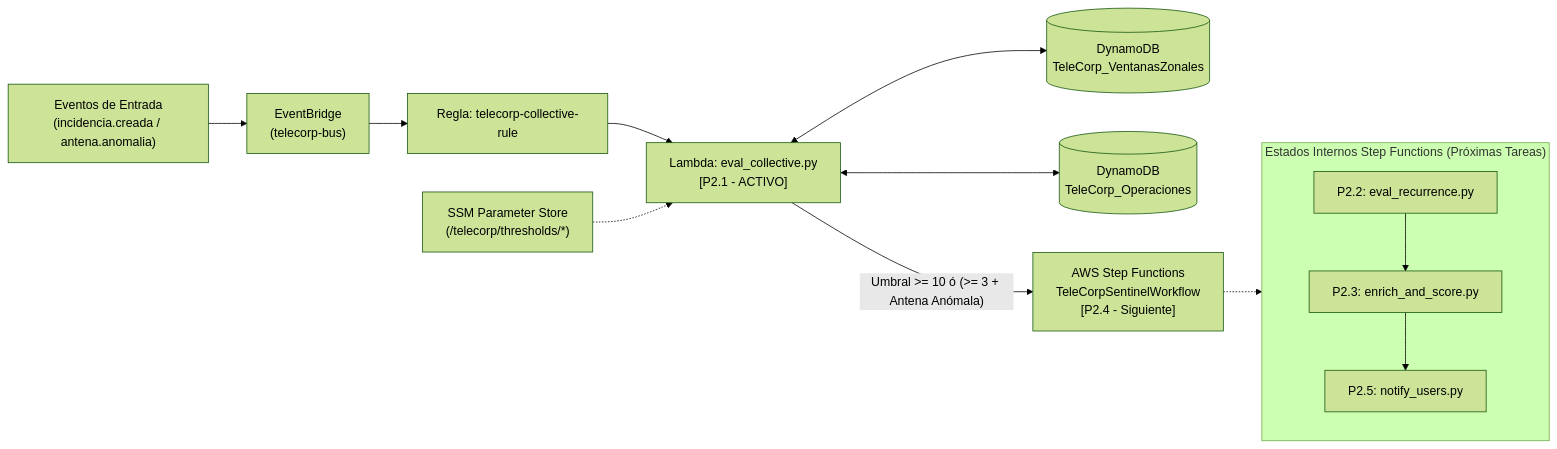
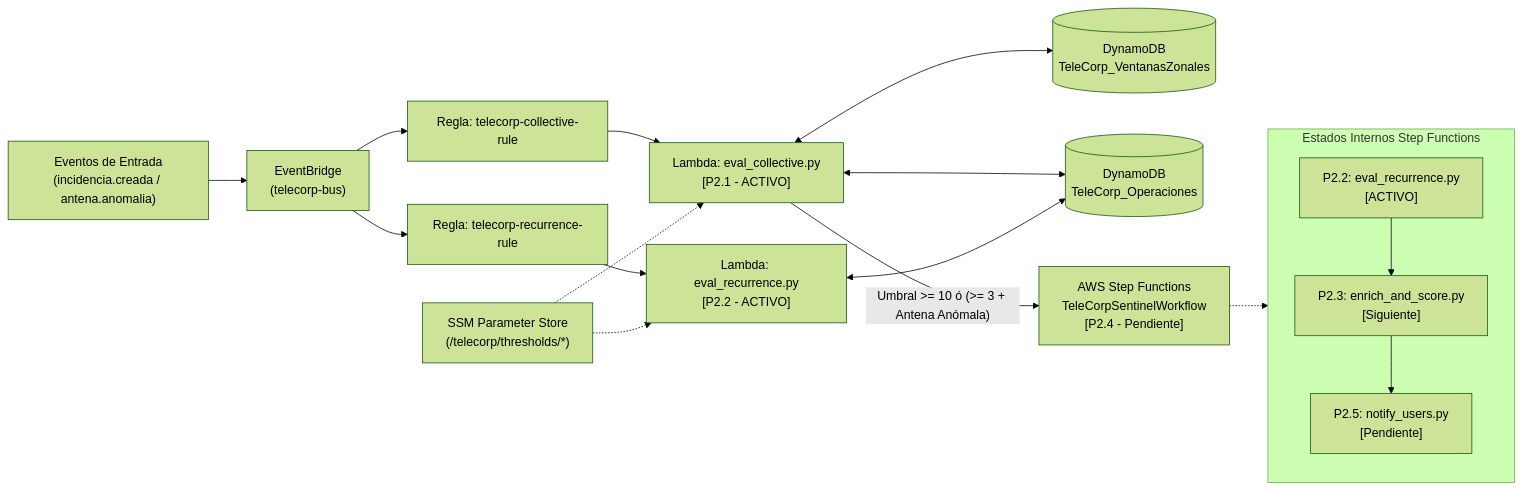
The diagram in orquestacion/README_P2.md (jose-lam/hackaton_cloud_computing), drawn with Mermaid (forest theme) before and after one commit. The commit also changed other lines of this file and 2 other files, not shown here.

````diff
--- a/orquestacion/README_P2.md
+++ b/orquestacion/README_P2.md
@@ -7,19 +7,23 @@
 ```mermaid
 flowchart LR
     IN["Eventos de Entrada\n(incidencia.creada / antena.anomalia)"] --> EB["EventBridge\n(telecorp-bus)"]
-    EB --> RULE["Regla: telecorp-collective-rule"]
-    RULE --> L_COL["Lambda: eval_collective.py\n[P2.1 - ACTIVO]"]
+    EB --> RULE_C["Regla: telecorp-collective-rule"]
+    EB --> RULE_R["Regla: telecorp-recurrence-rule"]
 
-    SSM["SSM Parameter Store\n(/telecorp/thresholds/*)"] -.-> L_COL
+    RULE_C --> L_COL["Lambda: eval_collective.py\n[P2.1 - ACTIVO]"]
+    RULE_R --> L_REC["Lambda: eval_recurrence.py\n[P2.2 - ACTIVO]"]
+
+    SSM["SSM Parameter Store\n(/telecorp/thresholds/*)"] -.-> L_COL & L_REC
     L_COL <--> DDB_V[("DynamoDB\nTeleCorp_VentanasZonales")]
     L_COL <--> DDB_O[("DynamoDB\nTeleCorp_Operaciones")]
+    L_REC <--> DDB_O
 
-    L_COL -->|"Umbral >= 10 ó (>= 3 + Antena Anómala)"| SFN["AWS Step Functions\nTeleCorpSentinelWorkflow\n[P2.4 - Siguiente]"]
+    L_COL -->|"Umbral >= 10 ó (>= 3 + Antena Anómala)"| SFN["AWS Step Functions\nTeleCorpSentinelWorkflow\n[P2.4 - Pendiente]"]
 
-    subgraph FLUJO_SFN ["Estados Internos Step Functions (Próximas Tareas)"]
+    subgraph FLUJO_SFN ["Estados Internos Step Functions"]
         direction TB
-        S1["P2.2: eval_recurrence.py"] --> S2["P2.3: enrich_and_score.py"] --> S3["P2.5: notify_users.py"]
+        S1["P2.2: eval_recurrence.py\n[ACTIVO]"] --> S2["P2.3: enrich_and_score.py\n[Siguiente]"] --> S3["P2.5: notify_users.py\n[Pendiente]"]
     end
 
     SFN -.-> FLUJO_SFN
 ```
````
